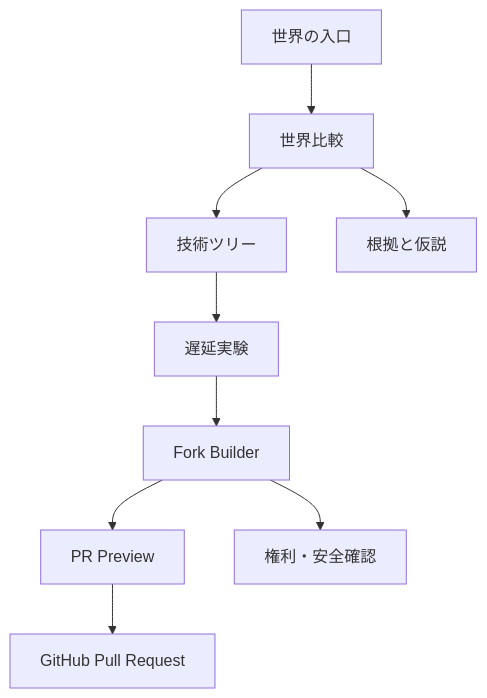
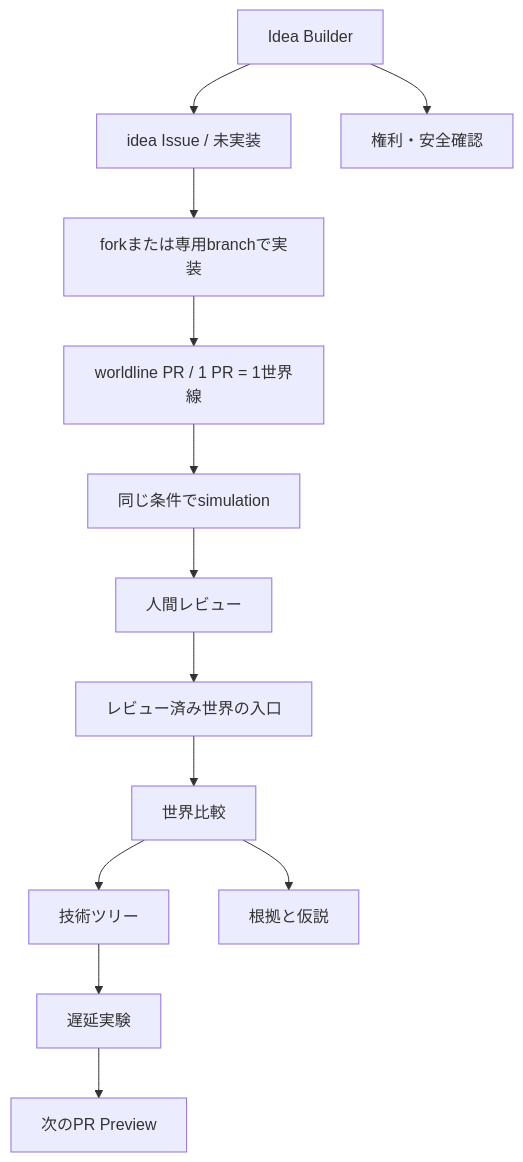
Before and after one commit to nexus-ai-2045/fiction-forks: the diagram in docs/ux-flow.md, drawn with Mermaid. The commit also changed other lines of this file and 8 other files, not shown here.

````diff
--- a/docs/ux-flow.md
+++ b/docs/ux-flow.md
@@ -9,11 +9,15 @@
 ```mermaid
 flowchart TD
-    landing["世界の入口"] --> compare["世界比較"]
+    idea["Idea Builder"] --> issue["idea Issue / 未実装"]
+    issue --> build["forkまたは専用branchで実装"]
+    build --> worldline["worldline PR / 1 PR = 1世界線"]
+    worldline --> checks["同じ条件でsimulation"]
+    checks --> review["人間レビュー"]
+    review --> landing["レビュー済み世界の入口"]
+    landing --> compare["世界比較"]
     compare --> tree["技術ツリー"]
     tree --> delay["遅延実験"]
-    delay --> builder["Fork Builder"]
-    builder --> preview["PR Preview"]
-    preview --> github["GitHub Pull Request"]
+    delay --> preview["次のPR Preview"]
     compare --> evidence["根拠と仮説"]
-    builder --> rights["権利・安全確認"]
+    idea --> rights["権利・安全確認"]
 ```
````
